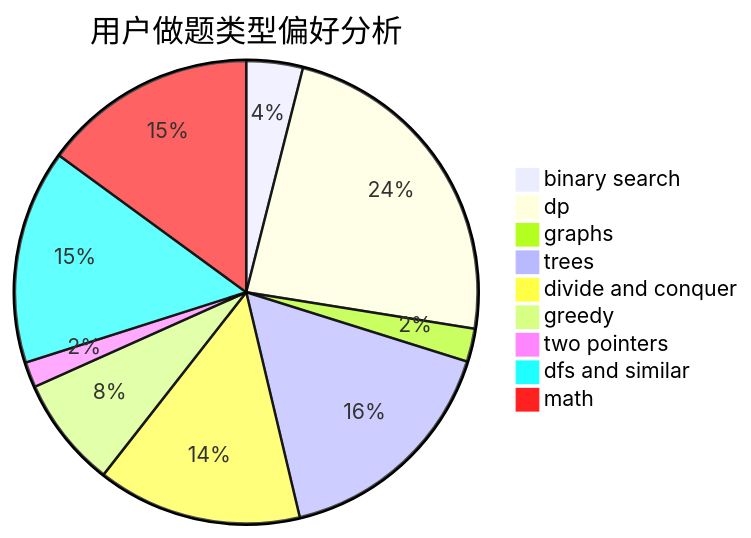
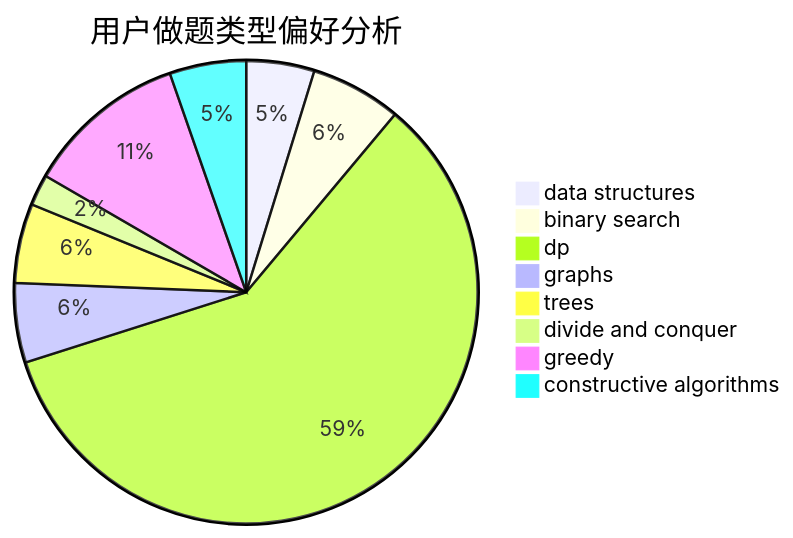
Before and after one commit to sherpahu/cfrs.github.io: the second of 3 diagrams in docs/user/u2375.md, drawn with Mermaid. The commit also changed other lines of this file and 2775 other files, not shown here.

````diff
--- a/docs/user/u2375.md
+++ b/docs/user/u2375.md
@@ -23,12 +23,11 @@
 ```mermaid
 pie title 用户做题类型偏好分析
-    "binary search" :  53
-    "dp" :  317
-    "graphs" :  31
-    "trees" :  221
-    "divide and conquer" :  192
-    "greedy" :  104
-    "two pointers" :  24
-    "dfs and similar" :  201
-    "math" :  201
+    "data structures" :  24
+    "binary search" :  32
+    "dp" :  298
+    "graphs" :  28
+    "trees" :  28
+    "divide and conquer" :  11
+    "greedy" :  57
+    "constructive algorithms" :  27
 ```
````
